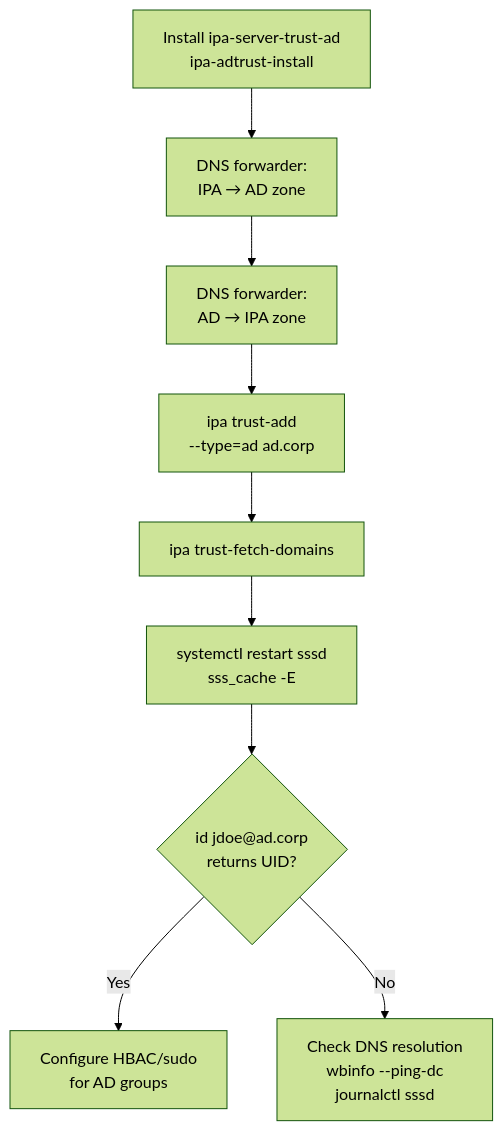
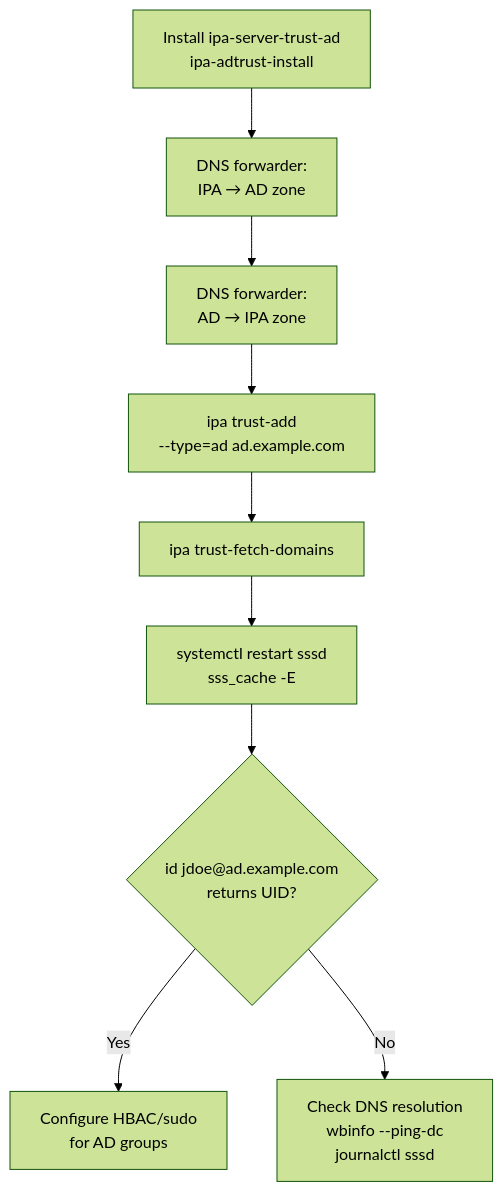
Before and after one commit to UncleJS/course_FreeIPA: the third of 7 diagrams in cheatsheets/cs_09_recipes.md, drawn with Mermaid (forest theme). The commit also changed other lines of this file and 24 other files, not shown here.

````diff
--- a/cheatsheets/cs_09_recipes.md
+++ b/cheatsheets/cs_09_recipes.md
@@ -546,11 +548,11 @@
 ```mermaid
 flowchart TD
-    A[Install ipa-server-trust-ad\nipa-adtrust-install] --> B[DNS forwarder:\nIPA → AD zone]
-    B --> C[DNS forwarder:\nAD → IPA zone]
-    C --> D[ipa trust-add\n--type=ad ad.corp]
+    A["Install ipa-server-trust-ad<br/>ipa-adtrust-install"] --> B["DNS forwarder:<br/>IPA → AD zone"]
+    B --> C["DNS forwarder:<br/>AD → IPA zone"]
+    C --> D["ipa trust-add<br/>--type=ad ad.example.com"]
     D --> E[ipa trust-fetch-domains]
-    E --> F[systemctl restart sssd\nsss_cache -E]
-    F --> G{id jdoe@ad.corp\nreturns UID?}
-    G -- Yes --> H[Configure HBAC/sudo\nfor AD groups]
-    G -- No --> I[Check DNS resolution\nwbinfo --ping-dc\njournalctl sssd]
+    E --> F["systemctl restart sssd<br/>sss_cache -E"]
+    F --> G{"id jdoe@ad.example.com<br/>returns UID?"}
+    G -- Yes --> H["Configure HBAC/sudo<br/>for AD groups"]
+    G -- No --> I["Check DNS resolution<br/>wbinfo --ping-dc<br/>journalctl sssd"]
 ```
````
